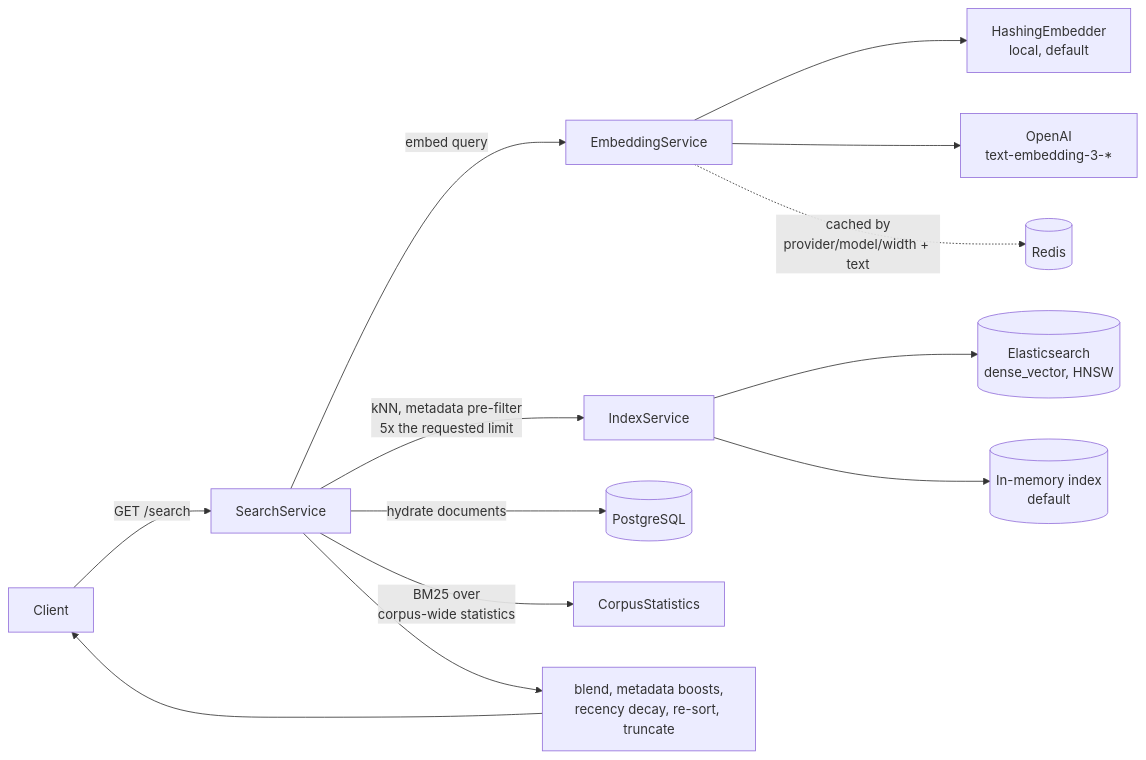
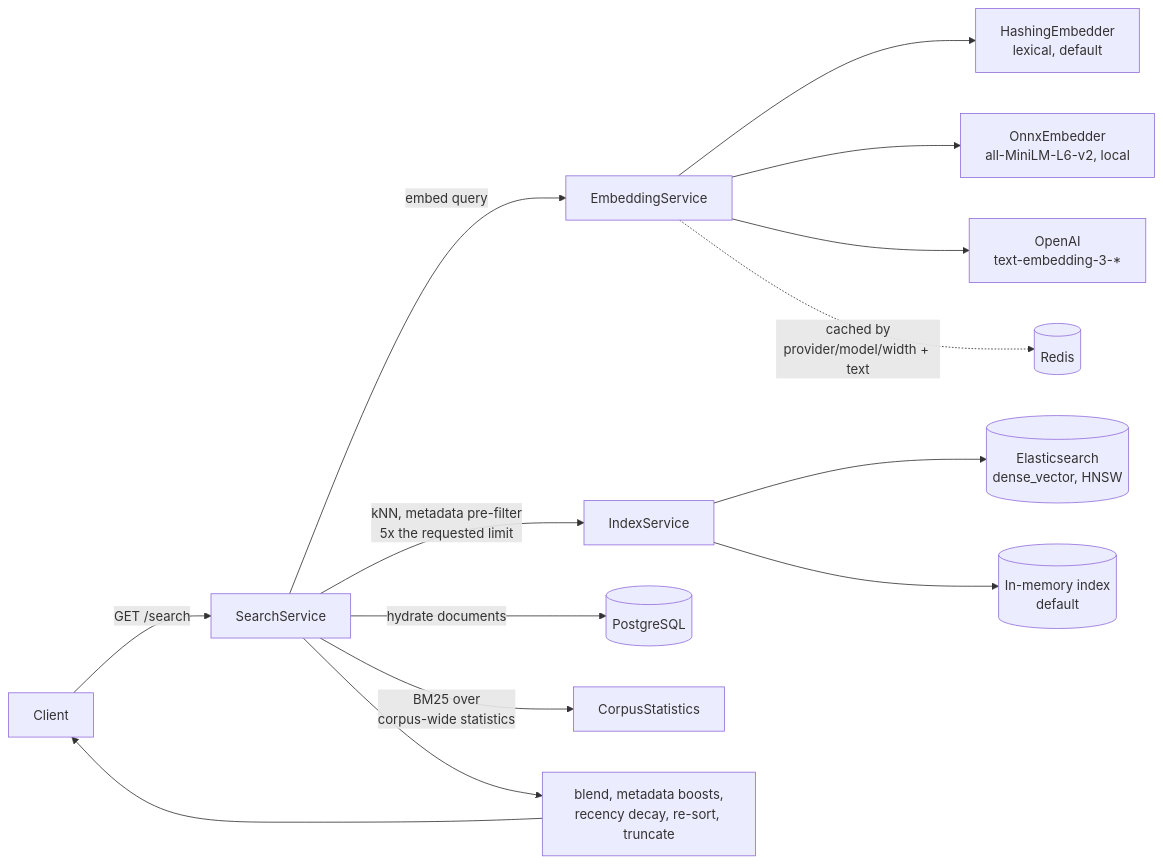
Before and after one commit to QHarshil/SemanticSearch: the diagram in README.md, drawn with Mermaid. The commit also changed other lines of this file and 18 other files, not shown here.

First line of the commit message:
feat(embeddings): add a local ONNX embedding provider

````diff
--- a/README.md
+++ b/README.md
@@ -18,15 +18,16 @@
 ```mermaid
 flowchart LR
     C[Client] -->|GET /search| S[SearchService]
     S -->|embed query| EM[EmbeddingService]
-    EM --> HE[HashingEmbedder<br/>local, default]
+    EM --> HE[HashingEmbedder<br/>lexical, default]
+    EM --> ON[OnnxEmbedder<br/>all-MiniLM-L6-v2, local]
     EM --> OA[OpenAI<br/>text-embedding-3-*]
     EM -.->|cached by<br/>provider/model/width + text| RD[(Redis)]
     S -->|kNN, metadata pre-filter<br/>5x the requested limit| IX[IndexService]
     IX --> ES[(Elasticsearch<br/>dense_vector, HNSW)]
     IX --> MM[(In-memory index<br/>default)]
     S -->|hydrate documents| PG[(PostgreSQL)]
     S -->|BM25 over<br/>corpus-wide statistics| CS[CorpusStatistics]
     S --> RK[blend, metadata boosts,<br/>recency decay, re-sort, truncate]
     RK --> C
 ```
````
